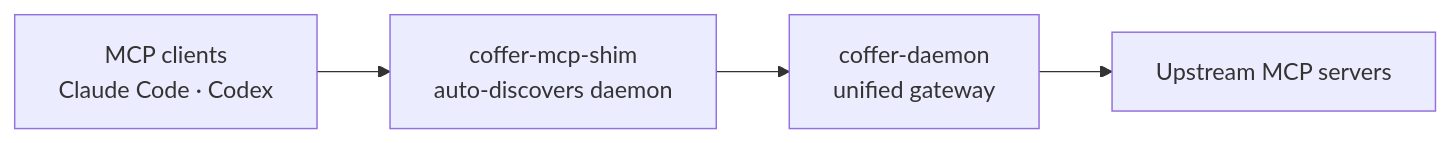
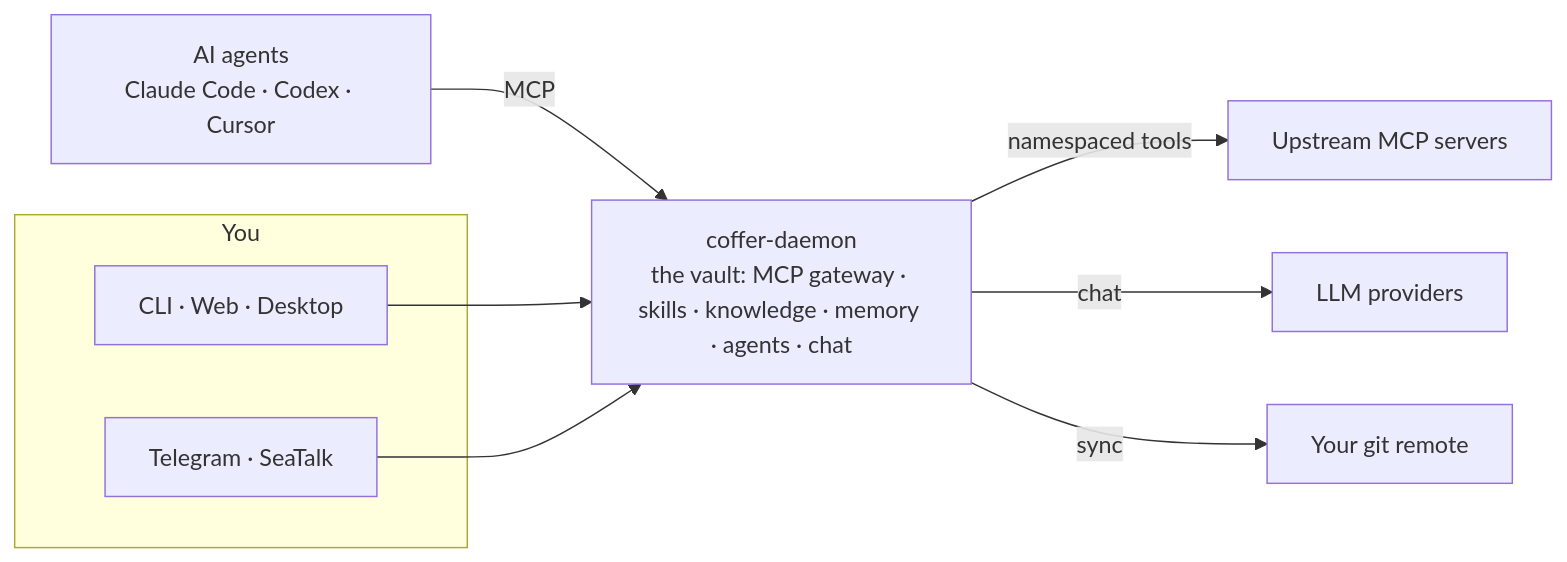
One commit to wyx-sg/Coffer changed the diagram in docs-site/index.md. Above: the diagram before and after it, drawn with Mermaid. The commit also changed other lines of this file and 42 other files, not shown here.

````diff
--- a/docs-site/index.md
+++ b/docs-site/index.md
@@ -31,6 +31,14 @@
 ```mermaid
 flowchart LR
-  C["MCP clients<br/>Claude Code · Codex"] --> S["coffer-mcp-shim<br/>auto-discovers daemon"]
-  S --> D["coffer-daemon<br/>unified gateway"]
-  D --> U["Upstream MCP servers"]
+  subgraph You["You"]
+    UI["CLI · Web · Desktop"]
+    IM["Telegram · SeaTalk"]
+  end
+  A["AI agents<br/>Claude Code · Codex · Cursor"] -->|MCP| D
+  UI --> D
+  IM --> D
+  D["coffer-daemon<br/>the vault: MCP gateway · skills · knowledge · memory · agents · chat"]
+  D -->|namespaced tools| U["Upstream MCP servers"]
+  D -->|chat| L["LLM providers"]
+  D -->|sync| G["Your git remote"]
 ```
````
